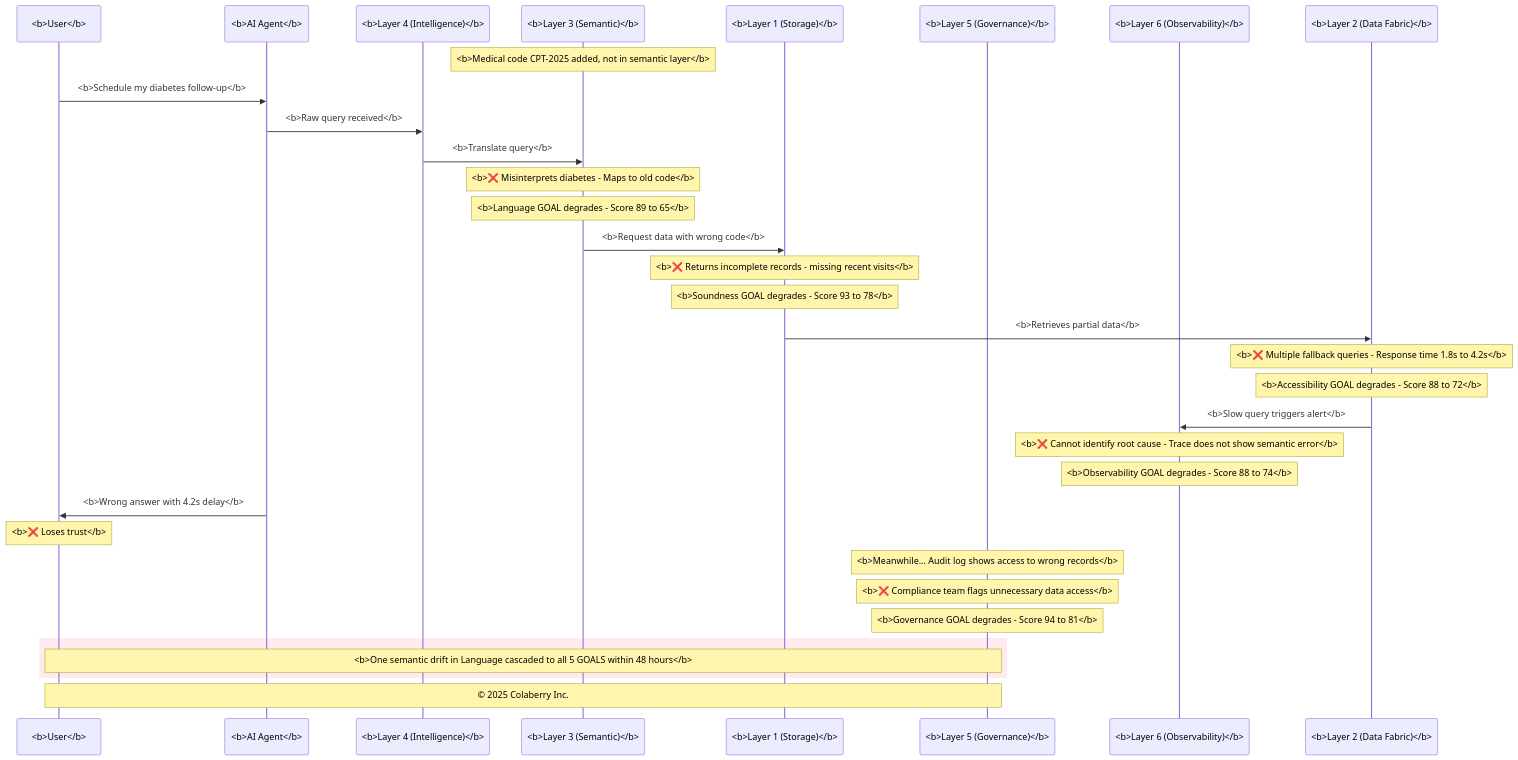
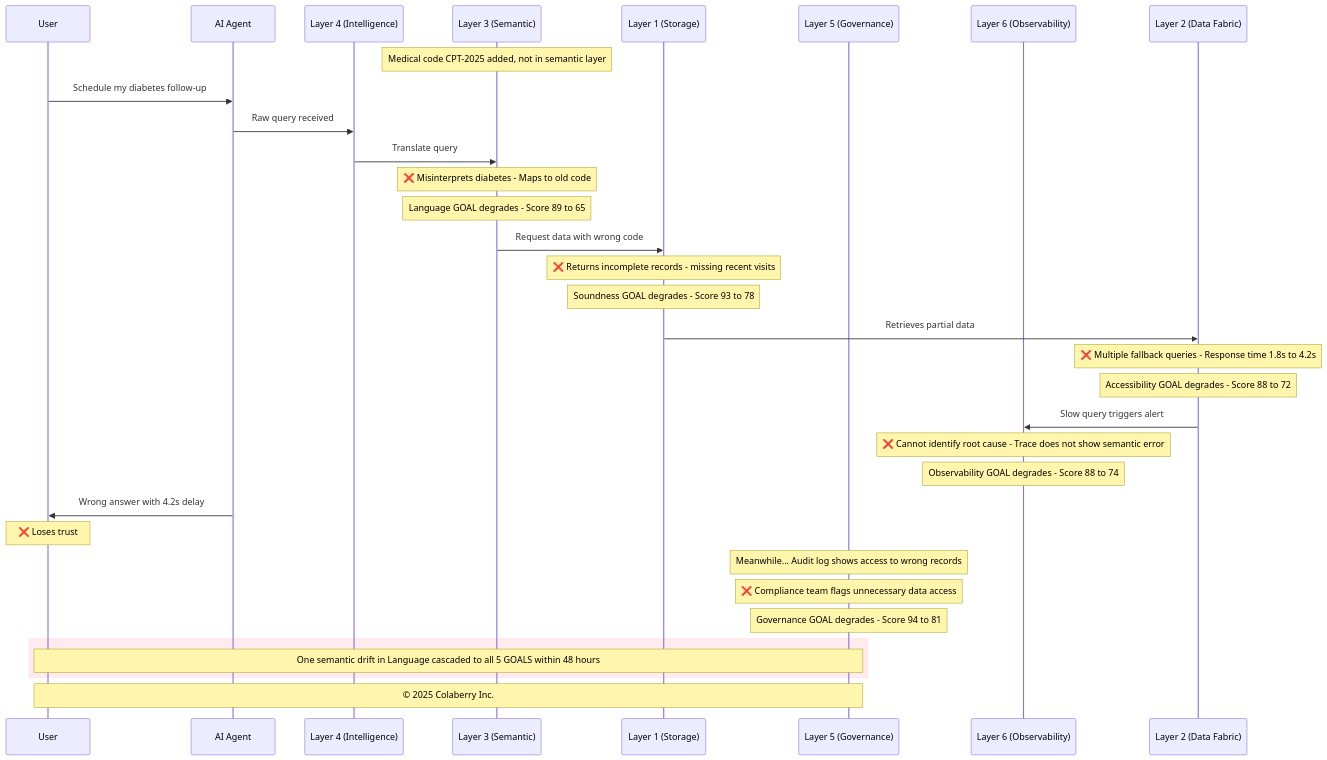
Before and after one commit to colaberry/enterprise-data-readiness-ai-agents: diagram 11 of 12 in chapter-02/chapter_2_complete.md, drawn with Mermaid.

Commit message:
fix html issues
fix html issues

````diff
--- a/chapter-02/chapter_2_complete.md
+++ b/chapter-02/chapter_2_complete.md
@@ -1733,44 +1733,44 @@
 ```mermaid
 sequenceDiagram
-    participant U as <b>User</b>
-    participant Agent as <b>AI Agent</b>
-    participant L4 as <b>Layer 4 (Intelligence)</b>
-    participant L3 as <b>Layer 3 (Semantic)</b>
-    participant L1 as <b>Layer 1 (Storage)</b>
-    participant L5 as <b>Layer 5 (Governance)</b>
-    participant L6 as <b>Layer 6 (Observability)</b>
-    participant L2 as <b>Layer 2 (Data Fabric)</b>
+    participant U as User
+    participant Agent as AI Agent
+    participant L4 as Layer 4 (Intelligence)
+    participant L3 as Layer 3 (Semantic)
+    participant L1 as Layer 1 (Storage)
+    participant L5 as Layer 5 (Governance)
+    participant L6 as Layer 6 (Observability)
+    participant L2 as Layer 2 (Data Fabric)
     
-    Note over L3: <b>Medical code CPT-2025 added, not in semantic layer</b>
+    Note over L3: Medical code CPT-2025 added, not in semantic layer
     
-    U->>Agent: <b>Schedule my diabetes follow-up</b>
-    Agent->>L4: <b>Raw query received</b>
-    L4->>L3: <b>Translate query</b>
-    Note over L3: <b>❌ Misinterprets diabetes - Maps to old code</b>
-    Note over L3: <b>Language GOAL degrades - Score 89 to 65</b>
+    U->>Agent: Schedule my diabetes follow-up
+    Agent->>L4: Raw query received
+    L4->>L3: Translate query
+    Note over L3: ❌ Misinterprets diabetes - Maps to old code
+    Note over L3: Language GOAL degrades - Score 89 to 65
     
-    L3->>L1: <b>Request data with wrong code</b>
-    Note over L1: <b>❌ Returns incomplete records - missing recent visits</b>
-    Note over L1: <b>Soundness GOAL degrades - Score 93 to 78</b>
+    L3->>L1: Request data with wrong code
+    Note over L1: ❌ Returns incomplete records - missing recent visits
+    Note over L1: Soundness GOAL degrades - Score 93 to 78
     
-    L1->>L2: <b>Retrieves partial data</b>
-    Note over L2: <b>❌ Multiple fallback queries - Response time 1.8s to 4.2s</b>
-    Note over L2: <b>Accessibility GOAL degrades - Score 88 to 72</b>
+    L1->>L2: Retrieves partial data
+    Note over L2: ❌ Multiple fallback queries - Response time 1.8s to 4.2s
+    Note over L2: Accessibility GOAL degrades - Score 88 to 72
     
-    L2->>L6: <b>Slow query triggers alert</b>
-    Note over L6: <b>❌ Cannot identify root cause - Trace does not show semantic error</b>
-    Note over L6: <b>Observability GOAL degrades - Score 88 to 74</b>
+    L2->>L6: Slow query triggers alert
+    Note over L6: ❌ Cannot identify root cause - Trace does not show semantic error
+    Note over L6: Observability GOAL degrades - Score 88 to 74
     
-    Agent->>U: <b>Wrong answer with 4.2s delay</b>
-    Note over U: <b>❌ Loses trust</b>
+    Agent->>U: Wrong answer with 4.2s delay
+    Note over U: ❌ Loses trust
     
-    Note over L5: <b>Meanwhile... Audit log shows access to wrong records</b>
-    Note over L5: <b>❌ Compliance team flags unnecessary data access</b>
-    Note over L5: <b>Governance GOAL degrades - Score 94 to 81</b>
+    Note over L5: Meanwhile... Audit log shows access to wrong records
+    Note over L5: ❌ Compliance team flags unnecessary data access
+    Note over L5: Governance GOAL degrades - Score 94 to 81
     
     rect rgb(255, 235, 238)
-        Note over U,L5: <b>One semantic drift in Language cascaded to all 5 GOALS within 48 hours</b>
+        Note over U,L5: One semantic drift in Language cascaded to all 5 GOALS within 48 hours
     end
     
     Note over U,L5: © 2025 Colaberry Inc.
 ```
````
